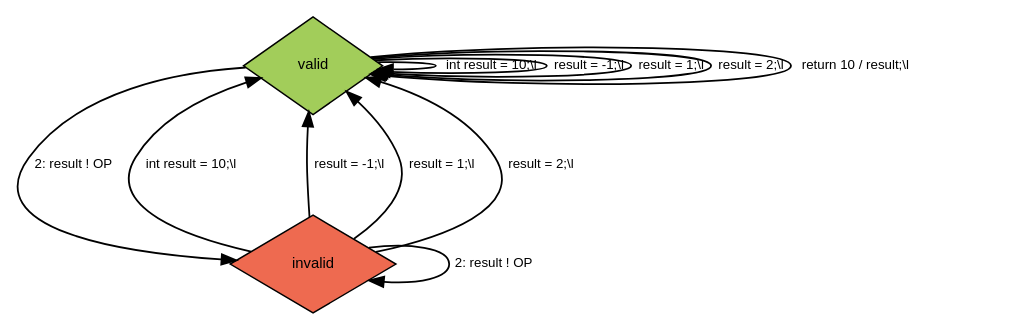
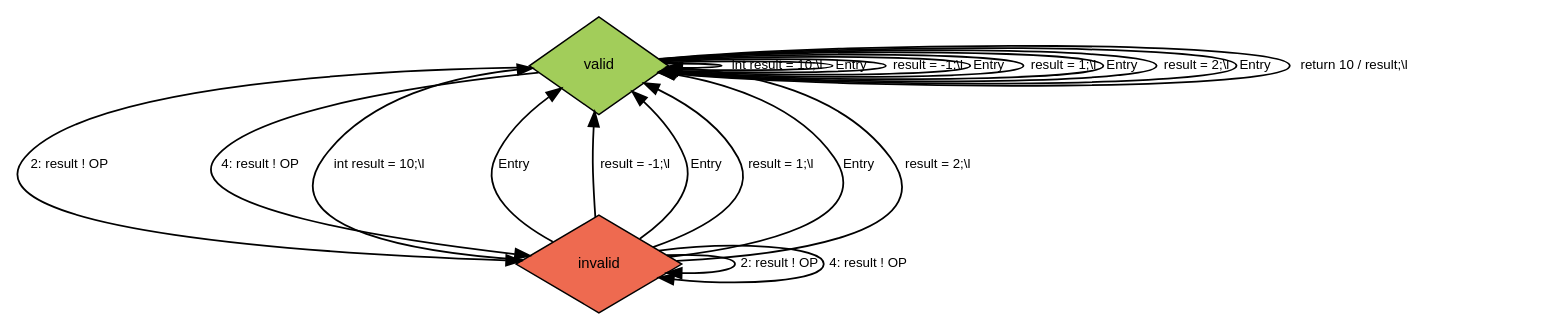
Before and after one commit to FelicitasGarcia/MimicryMonitor: the diagram in exampleFiles/dots/llvmBasedResults/OP_DFTA_result_DOT.dot, drawn with Graphviz. The commit also changed 65 other files, not shown here.

```diff
--- a/exampleFiles/dots/llvmBasedResults/OP_DFTA_result_DOT.dot
+++ b/exampleFiles/dots/llvmBasedResults/OP_DFTA_result_DOT.dot
@@ -1,23 +1,32 @@
 digraph DFTA {
   rankdir=TB; // Top to bottom layout
   rank=min;
   nodesep=0.5; // Increase node separation
   ranksep=0.8; // Increase rank separation
 edge [curvature=0.3];  node [fontname="Helvetica", fontsize=10];
   edge [fontname="Helvetica", fontsize=9];
 
   0 [label="valid", style=filled, fillcolor="darkolivegreen3", shape=diamond, margin="0.15,0.15"];
   1 [label="invalid", style=filled, fillcolor="coral2", shape=diamond, margin="0.15,0.15"];
 
   0 -> 0 [label="int result = 10;\\l", id=16, arrowhead=normal, penwidth=1.2];
   1 -> 0 [label="int result = 10;\\l", id=16, arrowhead=normal, penwidth=1.2];
+  0 -> 0 [label="Entry", id=18, arrowhead=normal, penwidth=1.2];
+  1 -> 0 [label="Entry", id=18, arrowhead=normal, penwidth=1.2];
   0 -> 0 [label="result = -1;\\l", id=18, arrowhead=normal, penwidth=1.2];
   1 -> 0 [label="result = -1;\\l", id=18, arrowhead=normal, penwidth=1.2];
   0 -> 1 [label="2: result ! OP", id=20, arrowhead=normal, penwidth=1.2];
   1 -> 1 [label="2: result ! OP", id=20, arrowhead=normal, penwidth=1.2];
+  0 -> 1 [label="4: result ! OP", id=20, arrowhead=normal, penwidth=1.2];
+  1 -> 1 [label="4: result ! OP", id=20, arrowhead=normal, penwidth=1.2];
+  0 -> 0 [label="Entry", id=22, arrowhead=normal, penwidth=1.2];
+  1 -> 0 [label="Entry", id=22, arrowhead=normal, penwidth=1.2];
   0 -> 0 [label="result = 1;\\l", id=22, arrowhead=normal, penwidth=1.2];
   1 -> 0 [label="result = 1;\\l", id=22, arrowhead=normal, penwidth=1.2];
+  0 -> 0 [label="Entry", id=24, arrowhead=normal, penwidth=1.2];
+  1 -> 0 [label="Entry", id=24, arrowhead=normal, penwidth=1.2];
   0 -> 0 [label="result = 2;\\l", id=24, arrowhead=normal, penwidth=1.2];
   1 -> 0 [label="result = 2;\\l", id=24, arrowhead=normal, penwidth=1.2];
+  0 -> 0 [label="Entry", id=25, arrowhead=normal, penwidth=1.2];
   0 -> 0 [label="return 10 / result;\\l", id=25, arrowhead=normal, penwidth=1.2];
 }
```
